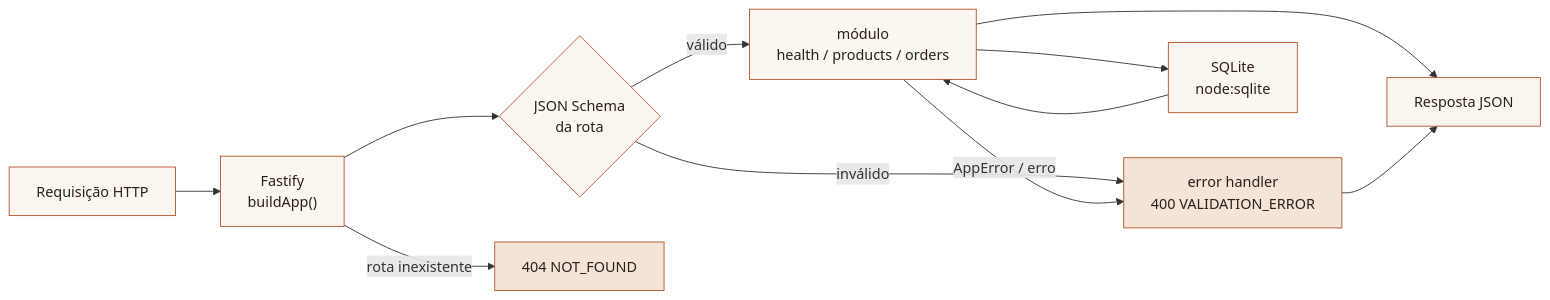
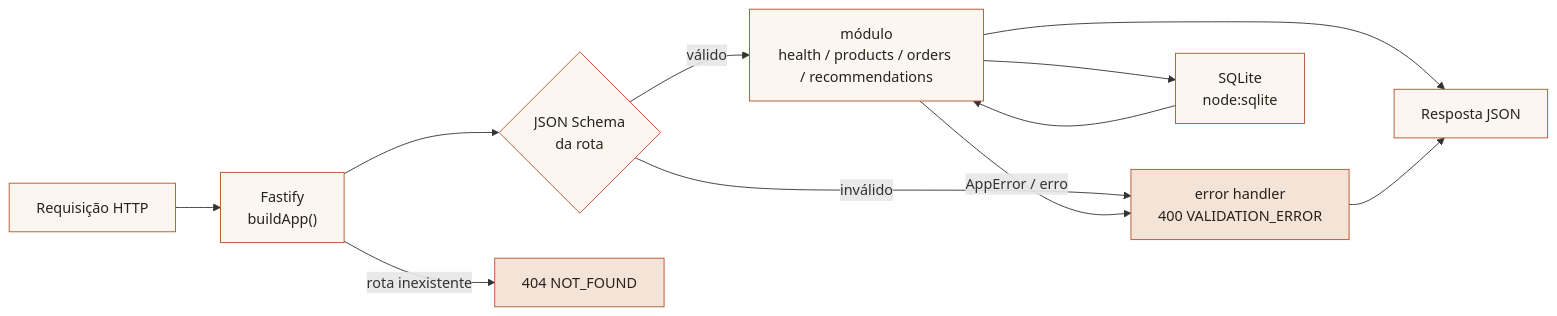
The second of 2 diagrams in README.md (jeancarlosaps/dinna-api), drawn with Mermaid before and after one commit. The commit also changed other lines of this file and 16 other files, not shown here.

````diff
--- a/README.md
+++ b/README.md
@@ -108,17 +108,17 @@
 ```mermaid
 flowchart LR
   REQ["Requisição HTTP"] --> F["Fastify<br/>buildApp()"]
   F --> VAL{"JSON Schema<br/>da rota"}
   VAL -- "inválido" --> EH["error handler<br/>400 VALIDATION_ERROR"]
-  VAL -- "válido" --> MOD["módulo<br/>health / products / orders"]
+  VAL -- "válido" --> MOD["módulo<br/>health / products / orders / recommendations"]
   MOD -- "AppError / erro" --> EH
   MOD --> DB["SQLite<br/>node:sqlite"]
   DB --> MOD
   MOD --> RES["Resposta JSON"]
   EH --> RES
   F -- "rota inexistente" --> NF["404 NOT_FOUND"]
   classDef core fill:#FBF6F0,stroke:#B4532A,color:#2A211C
   classDef err fill:#F4E3D7,stroke:#B4532A,color:#2A211C
   class REQ,F,VAL,MOD,DB,RES core
   class EH,NF err
 ```
````
